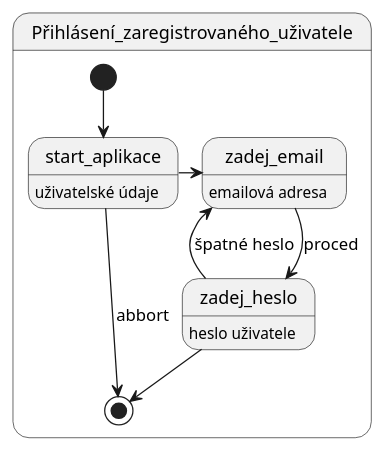
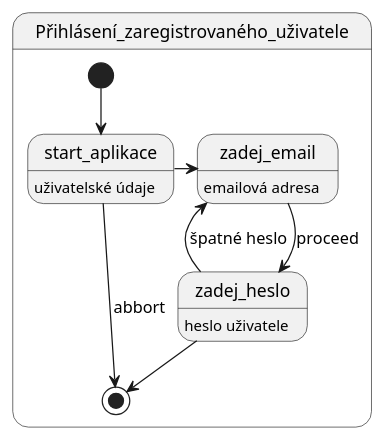
One commit to david19au/smudlove-tymova-prace changed the third of 4 diagrams in README.md. Above: the diagram before and after it, drawn with PlantUML. The commit also changed other lines of this file, not shown here.

Commit message:
UML diagram - objektový (chat)

````diff
--- a/README.md
+++ b/README.md
@@ -209,19 +209,19 @@
 ```plantuml
 scale 300 width
 state Přihlásení_zaregistrovaného_uživatele {
 [*] --> start_aplikace
 start_aplikace : uživatelské údaje
 
 start_aplikace --> [*] : abbort
 
 start_aplikace -> zadej_email
 zadej_email : emailová adresa
 
-zadej_email --> zadej_heslo : proced
+zadej_email --> zadej_heslo : proceed
 zadej_heslo : heslo uživatele
 
 zadej_heslo --> zadej_email : špatné heslo
 
 zadej_heslo --> [*]
 }
 ```
````
